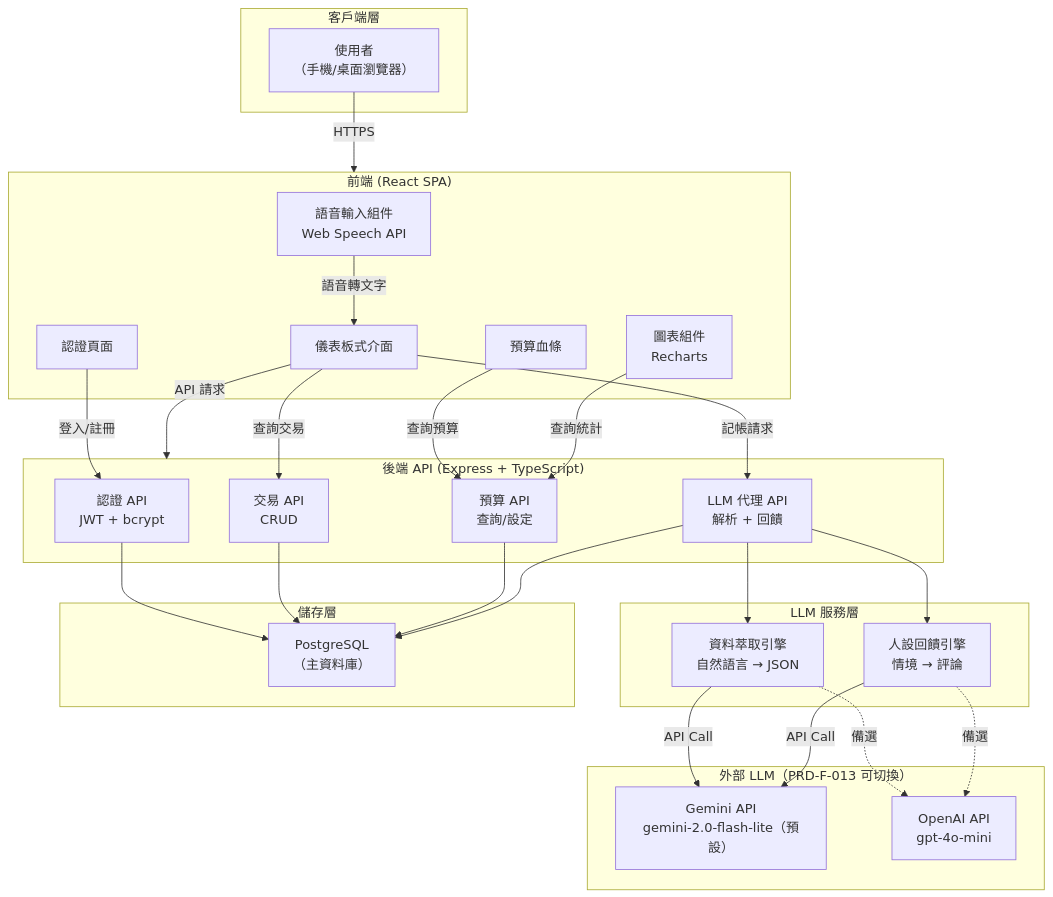
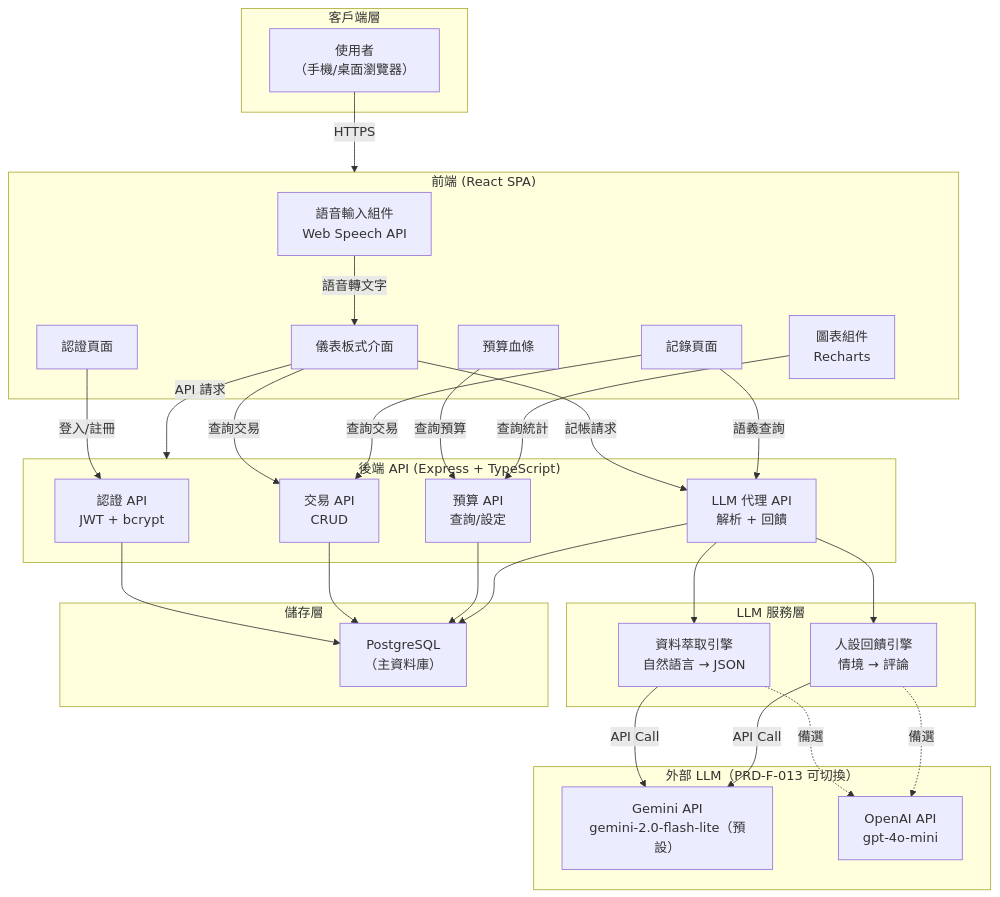
Before and after one commit to robin-li/vibe-money-book: the first of 2 diagrams in docs/01-2-SRD.md, drawn with Mermaid. The commit also changed other lines of this file and 9 other files, not shown here.

````diff
--- a/docs/01-2-SRD.md
+++ b/docs/01-2-SRD.md
@@ -160,56 +161,59 @@
 ```mermaid
 graph TB
     subgraph Client["客戶端層"]
         User["使用者<br/>（手機/桌面瀏覽器）"]
     end
 
     subgraph Frontend["前端 (React SPA)"]
         VoiceInput["語音輸入組件<br/>Web Speech API"]
         Dashboard["儀表板式介面"]
+        HistoryPage["記錄頁面<br/>語義查詢（PRD-F-014）"]
         BudgetBar["預算血條"]
         Charts["圖表組件<br/>Recharts"]
         AuthUI["認證頁面"]
     end
 
     subgraph Backend["後端 API (Express + TypeScript)"]
         AuthAPI["認證 API<br/>JWT + bcrypt"]
         TransactionAPI["交易 API<br/>CRUD"]
         BudgetAPI["預算 API<br/>查詢/設定"]
         LLMAPI["LLM 代理 API<br/>解析 + 回饋"]
     end
 
     subgraph LLMLayer["LLM 服務層"]
         DataExtractor["資料萃取引擎<br/>自然語言 → JSON"]
         PersonaEngine["人設回饋引擎<br/>情境 → 評論"]
     end
 
     subgraph ExternalLLM["外部 LLM（PRD-F-013 可切換）"]
         Gemini["Gemini API<br/>gemini-2.0-flash-lite（預設）"]
         OpenAI["OpenAI API<br/>gpt-4o-mini"]
     end
 
     subgraph Storage["儲存層"]
         DB["PostgreSQL<br/>（主資料庫）"]
     end
 
     User -->|HTTPS| Frontend
     VoiceInput -->|語音轉文字| Dashboard
     Dashboard -->|API 請求| Backend
     AuthUI -->|登入/註冊| AuthAPI
     Dashboard -->|記帳請求| LLMAPI
     Dashboard -->|查詢交易| TransactionAPI
+    HistoryPage["記錄頁面"] -->|語義查詢| LLMAPI
+    HistoryPage -->|查詢交易| TransactionAPI
     BudgetBar -->|查詢預算| BudgetAPI
     Charts -->|查詢統計| BudgetAPI
 
     LLMAPI --> DataExtractor
     LLMAPI --> PersonaEngine
     DataExtractor -->|API Call| Gemini
     DataExtractor -.->|備選| OpenAI
     PersonaEngine -->|API Call| Gemini
     PersonaEngine -.->|備選| OpenAI
 
     AuthAPI --> DB
     TransactionAPI --> DB
     BudgetAPI --> DB
     LLMAPI --> DB
 ```
````
